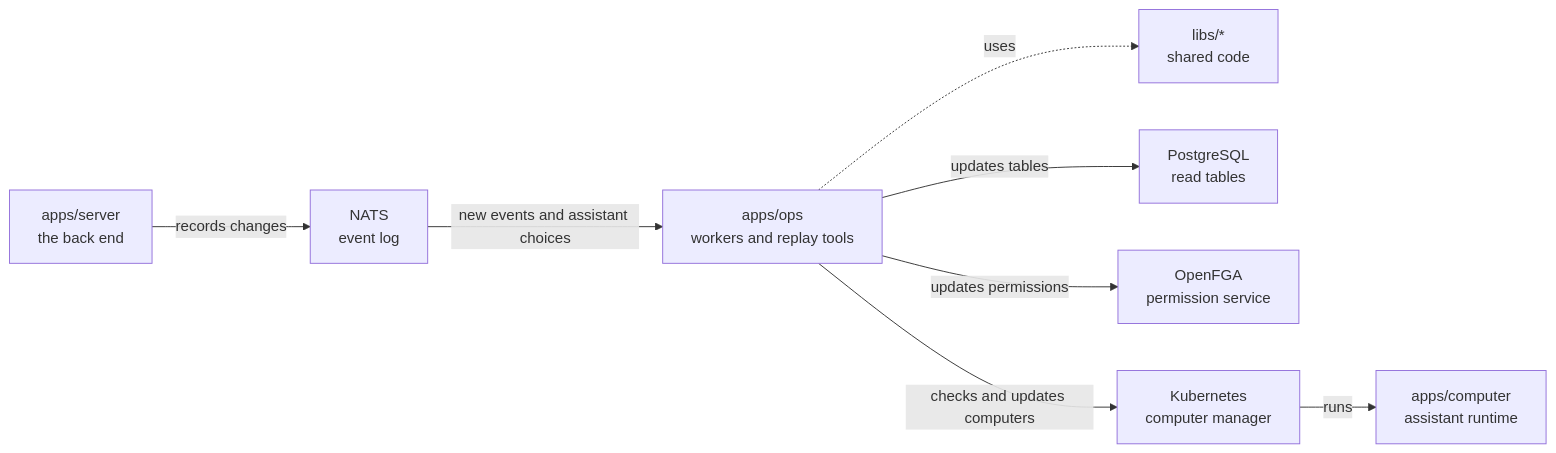
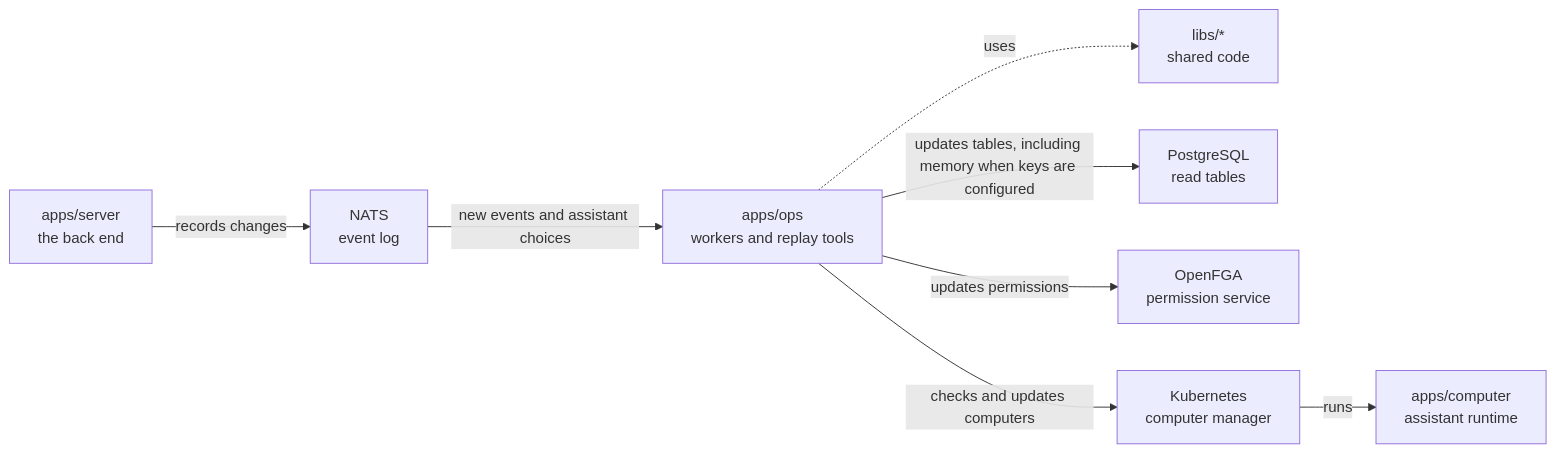
The diagram in apps/ops/README.md (elewa-git/opencrane-new), drawn with Mermaid before and after one commit. The commit also changed other lines of this file and 22 other files, not shown here.

````diff
--- a/apps/ops/README.md
+++ b/apps/ops/README.md
@@ -11,10 +11,10 @@
 ```mermaid
 flowchart LR
   server["apps/server<br/>the back end"] -->|records changes| nats["NATS<br/>event log"]
   nats -->|new events and assistant choices| ops["apps/ops<br/>workers and replay tools"]
   ops -.->|uses| libs["libs/*<br/>shared code"]
-  ops -->|updates tables| postgres["PostgreSQL<br/>read tables"]
+  ops -->|updates tables, including memory when keys are configured| postgres["PostgreSQL<br/>read tables"]
   ops -->|updates permissions| fga["OpenFGA<br/>permission service"]
   ops -->|checks and updates computers| kube["Kubernetes<br/>computer manager"]
   kube -->|runs| computer["apps/computer<br/>assistant runtime"]
 ```
````
